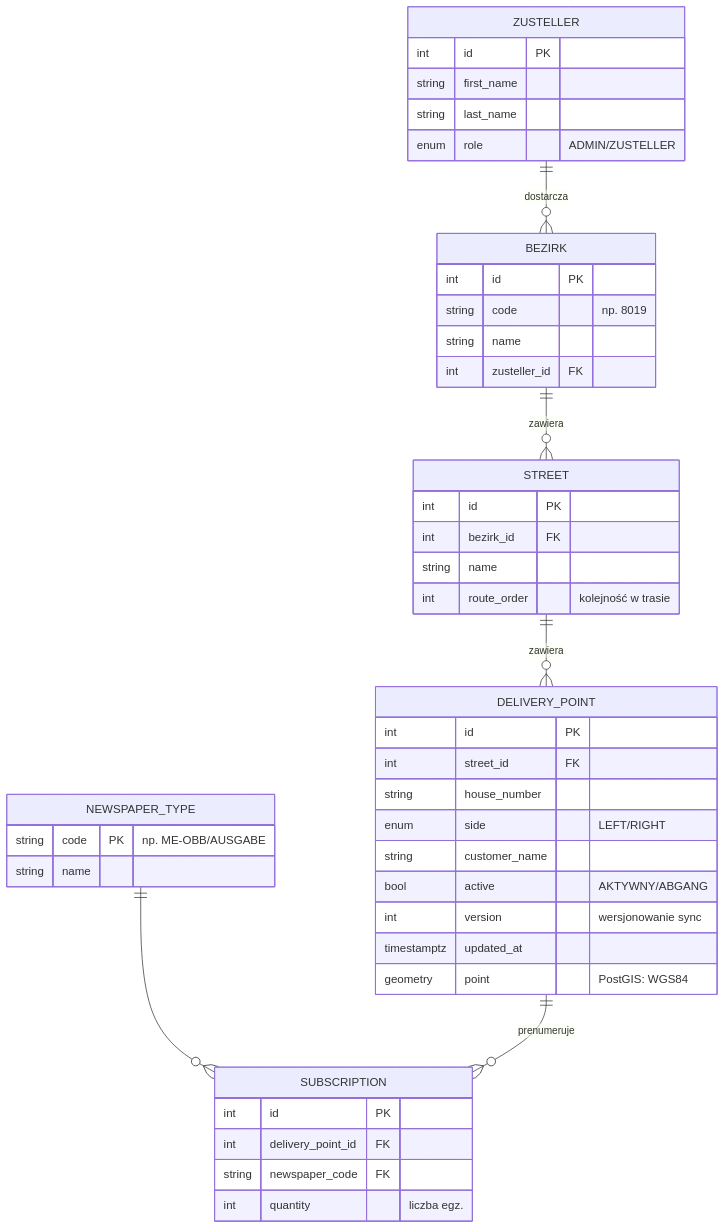
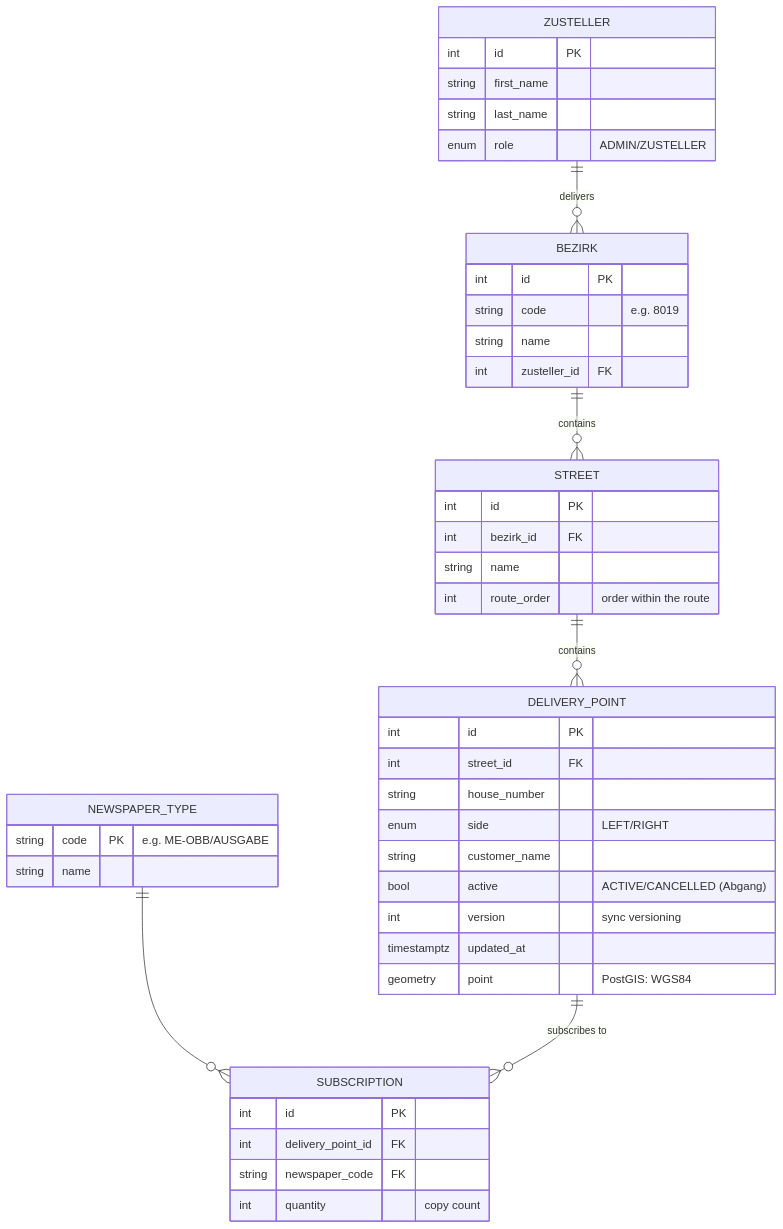
One commit to Robert-Sobolewski/zeitung-zusteller changed the diagram in docs/02_design/database_model.md. Above: the diagram before and after it, drawn with Mermaid. The commit also changed other lines of this file and 7 other files, not shown here.

````diff
--- a/docs/02_design/database_model.md
+++ b/docs/02_design/database_model.md
@@ -12,47 +10,47 @@
 ```mermaid
 erDiagram
-    ZUSTELLER ||--o{ BEZIRK : "dostarcza"
-    BEZIRK ||--o{ STREET : "zawiera"
-    STREET ||--o{ DELIVERY_POINT : "zawiera"
+    ZUSTELLER ||--o{ BEZIRK : "delivers"
+    BEZIRK ||--o{ STREET : "contains"
+    STREET ||--o{ DELIVERY_POINT : "contains"
     NEWSPAPER_TYPE ||--o{ SUBSCRIPTION : ""
-    DELIVERY_POINT ||--o{ SUBSCRIPTION : "prenumeruje"
+    DELIVERY_POINT ||--o{ SUBSCRIPTION : "subscribes to"
     DELIVERY_POINT {
         int id PK
         int street_id FK
         string house_number
         enum side "LEFT/RIGHT"
         string customer_name
-        bool active "AKTYWNY/ABGANG"
-        int version "wersjonowanie sync"
+        bool active "ACTIVE/CANCELLED (Abgang)"
+        int version "sync versioning"
         timestamptz updated_at
         geometry point "PostGIS: WGS84"
     }
     BEZIRK {
         int id PK
-        string code "np. 8019"
+        string code "e.g. 8019"
         string name
         int zusteller_id FK
     }
     STREET {
         int id PK
         int bezirk_id FK
         string name
-        int route_order "kolejność w trasie"
+        int route_order "order within the route"
     }
     ZUSTELLER {
         int id PK
         string first_name
         string last_name
         enum role "ADMIN/ZUSTELLER"
     }
     NEWSPAPER_TYPE {
-        string code PK "np. ME-OBB/AUSGABE"
+        string code PK "e.g. ME-OBB/AUSGABE"
         string name
     }
     SUBSCRIPTION {
         int id PK
         int delivery_point_id FK
         string newspaper_code FK
-        int quantity "liczba egz."
+        int quantity "copy count"
     }
 ```
````
